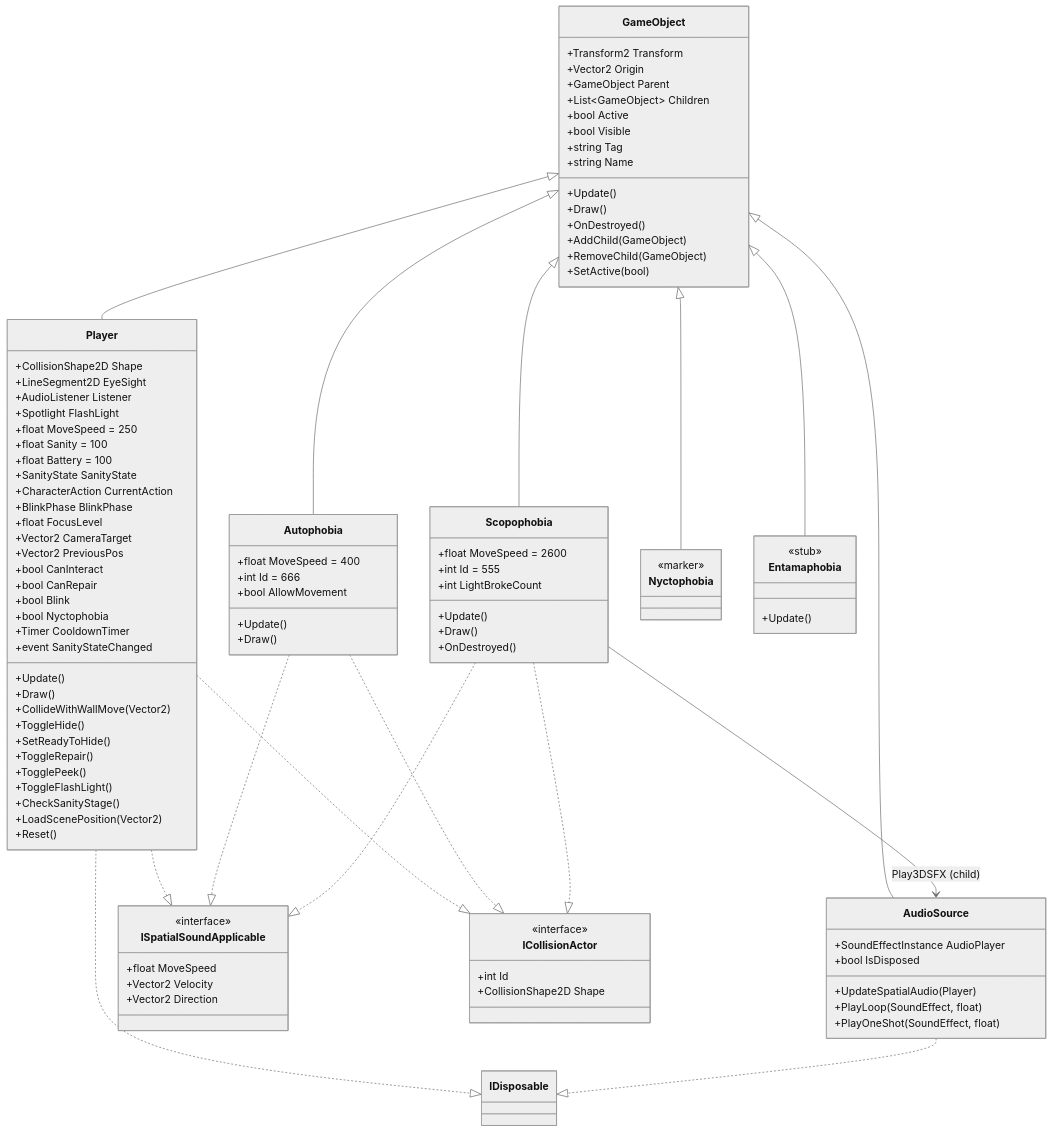
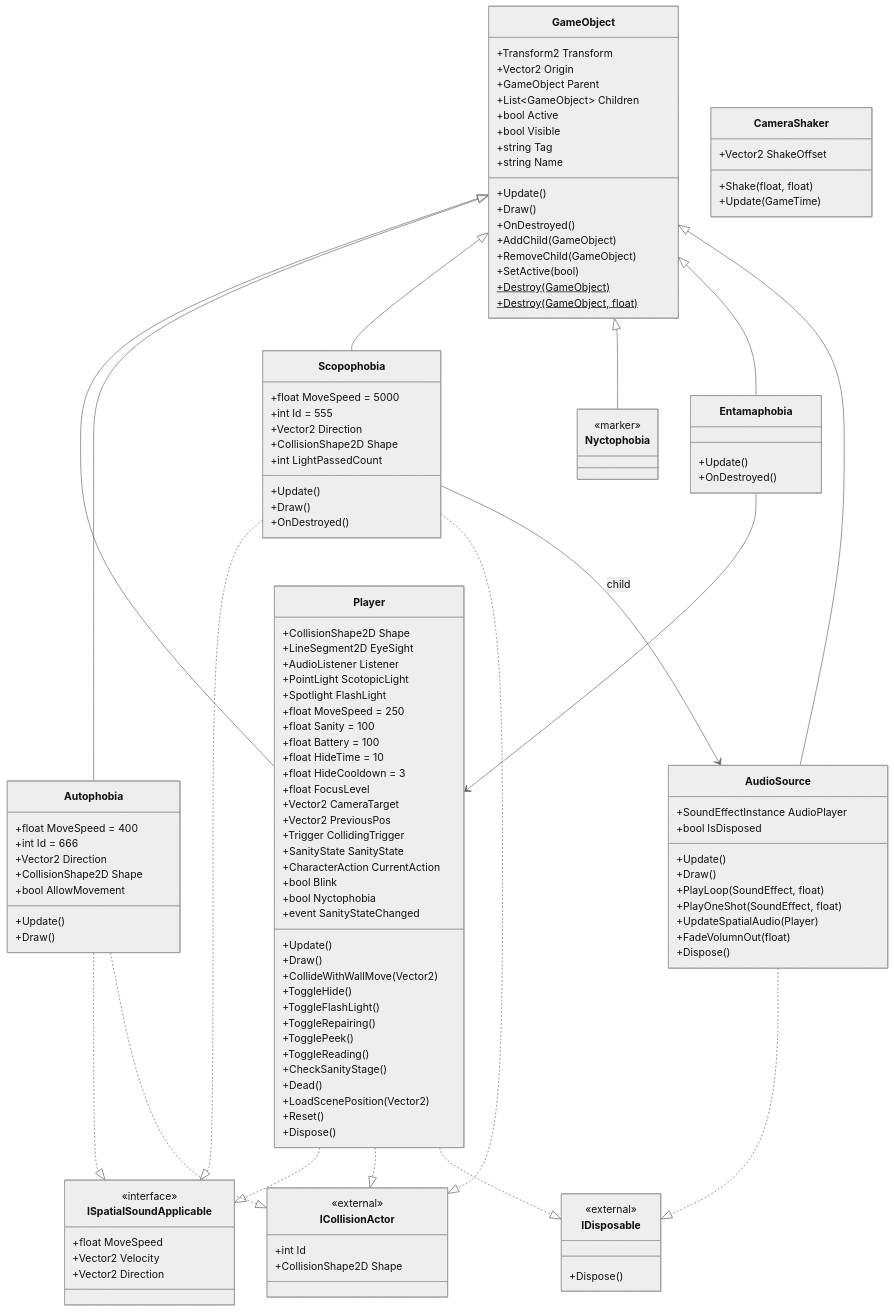
The first of 7 diagrams in docs/03_Software/02-class-diagram.md (Sambopukkazz/DG225_CoreX), drawn with Mermaid (neutral theme) before and after one commit. The commit also changed other lines of this file and 21 other files, not shown here.

````diff
--- a/docs/03_Software/02-class-diagram.md
+++ b/docs/03_Software/02-class-diagram.md
@@ -31,61 +32,79 @@
         +AddChild(GameObject)
         +RemoveChild(GameObject)
         +SetActive(bool)
+        +Destroy(GameObject)$
+        +Destroy(GameObject, float)$
     }
 
     class Player {
         +CollisionShape2D Shape
         +LineSegment2D EyeSight
         +AudioListener Listener
+        +PointLight ScotopicLight
         +Spotlight FlashLight
         +float MoveSpeed = 250
         +float Sanity = 100
         +float Battery = 100
-        +SanityState SanityState
-        +CharacterAction CurrentAction
-        +BlinkPhase BlinkPhase
+        +float HideTime = 10
+        +float HideCooldown = 3
         +float FocusLevel
         +Vector2 CameraTarget
         +Vector2 PreviousPos
-        +bool CanInteract
-        +bool CanRepair
+        +Trigger CollidingTrigger
+        +SanityState SanityState
+        +CharacterAction CurrentAction
         +bool Blink
         +bool Nyctophobia
-        +Timer CooldownTimer
         +event SanityStateChanged
         +Update()
         +Draw()
         +CollideWithWallMove(Vector2)
         +ToggleHide()
-        +SetReadyToHide()
-        +ToggleRepair()
+        +ToggleFlashLight()
+        +ToggleRepairing()
         +TogglePeek()
-        +ToggleFlashLight()
+        +ToggleReading()
         +CheckSanityStage()
+        +Dead()
         +LoadScenePosition(Vector2)
         +Reset()
+        +Dispose()
     }
 
     class AudioSource {
         +SoundEffectInstance AudioPlayer
         +bool IsDisposed
-        +UpdateSpatialAudio(Player)
+        +Update()
+        +Draw()
         +PlayLoop(SoundEffect, float)
         +PlayOneShot(SoundEffect, float)
+        +UpdateSpatialAudio(Player)
+        +FadeVolumnOut(float)
+        +Dispose()
+    }
+
+    class CameraShaker {
+        +Vector2 ShakeOffset
+        +Shake(float, float)
+        +Update(GameTime)
     }
 
     class Autophobia {
         +float MoveSpeed = 400
         +int Id = 666
+        +Vector2 Direction
+        +CollisionShape2D Shape
         +bool AllowMovement
         +Update()
         +Draw()
     }
 
     class Scopophobia {
-        +float MoveSpeed = 2600
+        +float MoveSpeed = 5000
         +int Id = 555
-        +int LightBrokeCount
+        +Vector2 Direction
+        +CollisionShape2D Shape
+        +int LightPassedCount
         +Update()
         +Draw()
         +OnDestroyed()
@@ -96,8 +115,8 @@
     }
 
     class Entamaphobia {
-        <<stub>>
         +Update()
+        +OnDestroyed()
     }
 
     class ISpatialSoundApplicable {
@@ -107,17 +126,21 @@
         +Vector2 Direction
     }
     class ICollisionActor {
-        <<interface>>
+        <<external>>
         +int Id
         +CollisionShape2D Shape
     }
+    class IDisposable {
+        <<external>>
+        +Dispose()
+    }
 
     GameObject <|-- Player
-    GameObject <|-- AudioSource
     GameObject <|-- Autophobia
     GameObject <|-- Scopophobia
     GameObject <|-- Nyctophobia
     GameObject <|-- Entamaphobia
+    GameObject <|-- AudioSource
     Player ..|> ISpatialSoundApplicable
     Player ..|> ICollisionActor
     Player ..|> IDisposable
@@ -126,5 +149,6 @@
     Autophobia ..|> ICollisionActor
     Scopophobia ..|> ISpatialSoundApplicable
     Scopophobia ..|> ICollisionActor
-    Scopophobia --> AudioSource : Play3DSFX (child)
+    Scopophobia --> AudioSource : child
+    Entamaphobia --> Player
 ```
````
